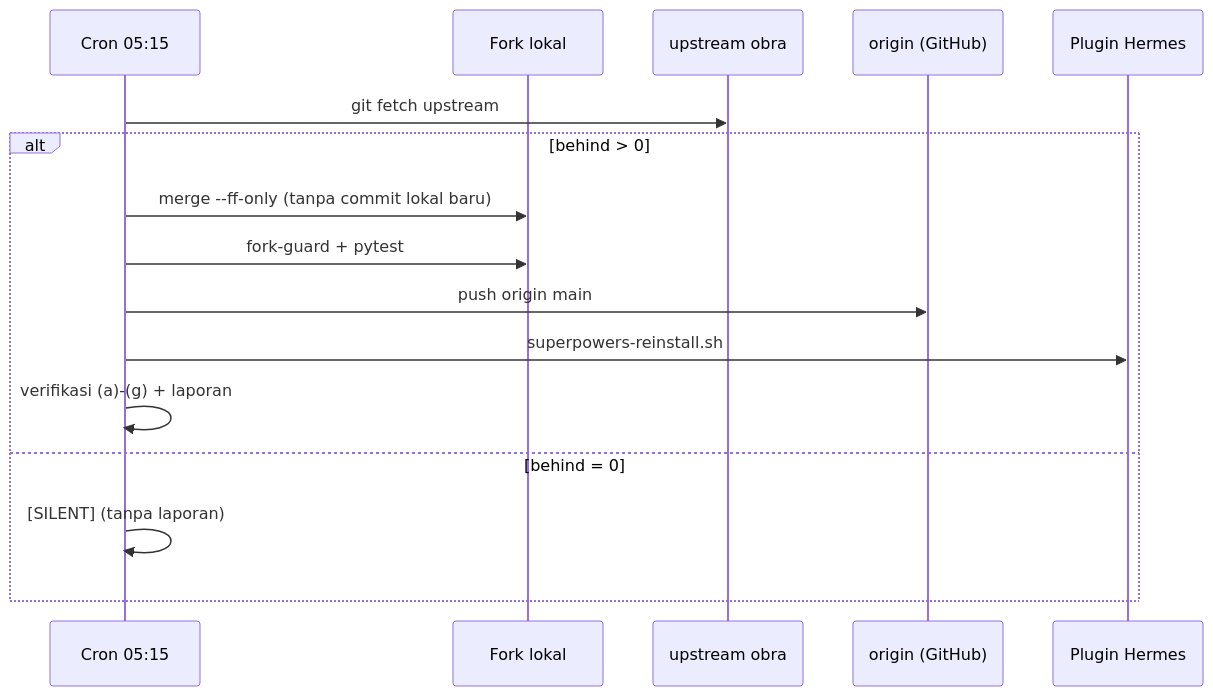
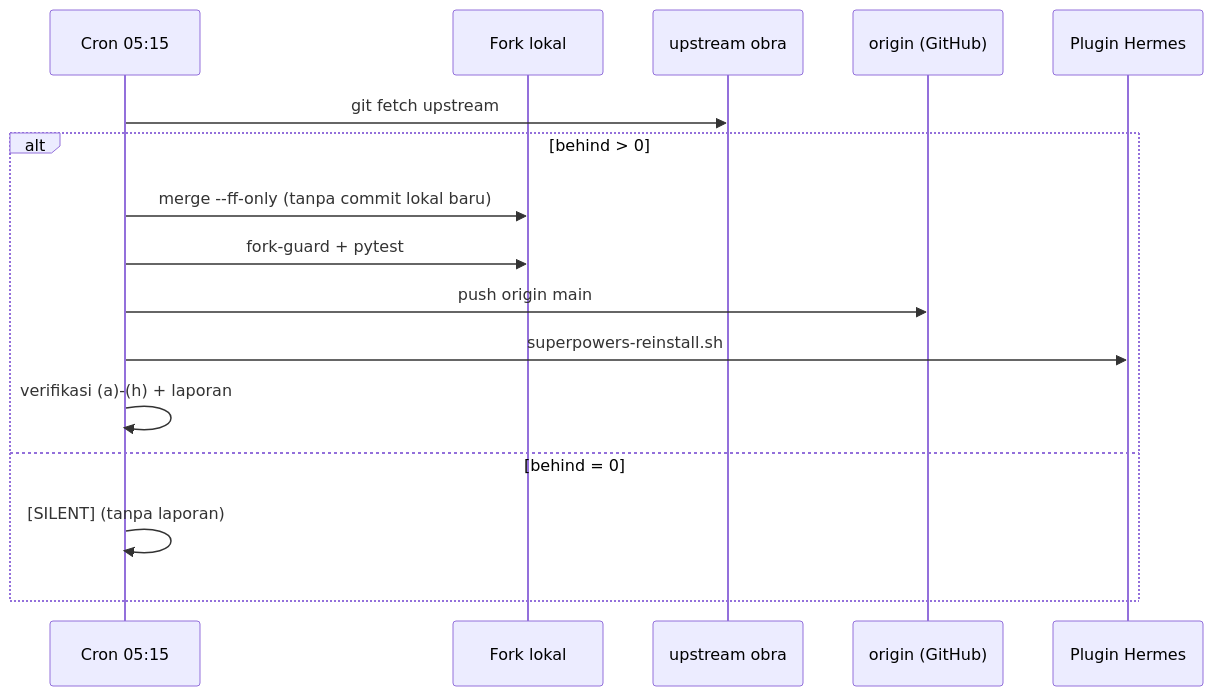
Before and after one commit to diluviumm/superpowers: the second of 3 diagrams in docs/USAGE.md, drawn with Mermaid. The commit also changed other lines of this file and 4 other files, not shown here.

````diff
--- a/docs/USAGE.md
+++ b/docs/USAGE.md
@@ -108,18 +109,18 @@
 ```mermaid
 sequenceDiagram
     participant C as Cron 05:15
     participant G as Fork lokal
     participant U as upstream obra
     participant O as origin (GitHub)
     participant P as Plugin Hermes
     C->>U: git fetch upstream
     alt behind > 0
         C->>G: merge --ff-only (tanpa commit lokal baru)
         C->>G: fork-guard + pytest
         C->>O: push origin main
         C->>P: superpowers-reinstall.sh
-        C->>C: verifikasi (a)-(g) + laporan
+        C->>C: verifikasi (a)-(h) + laporan
     else behind = 0
         C->>C: [SILENT] (tanpa laporan)
     end
 ```
````
